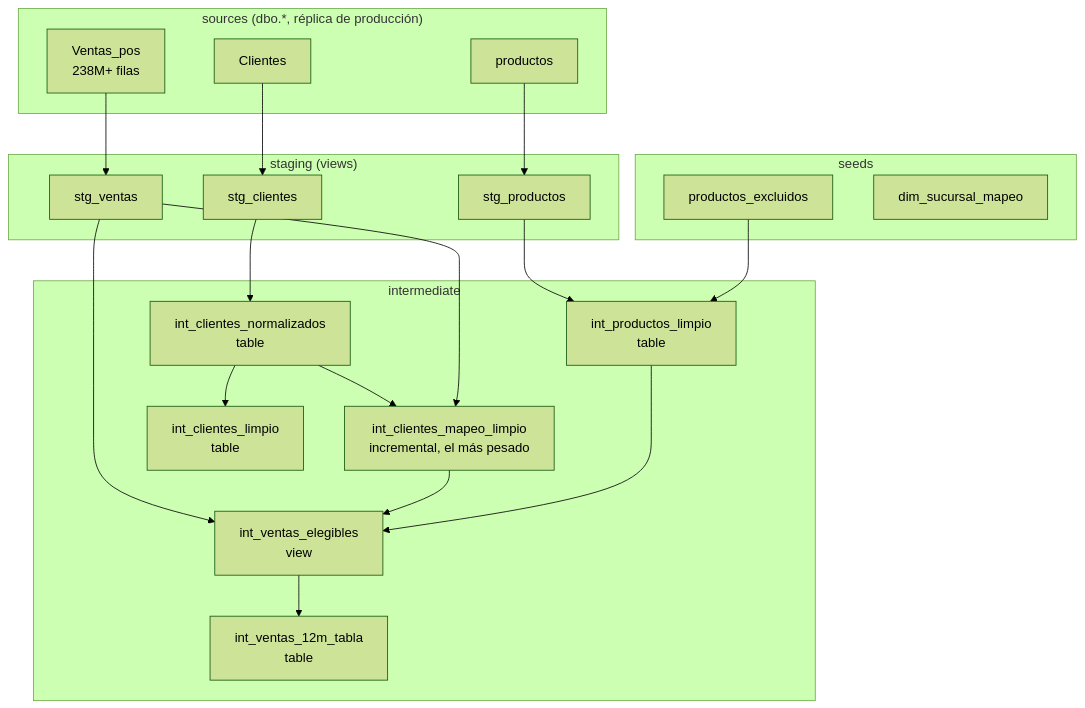
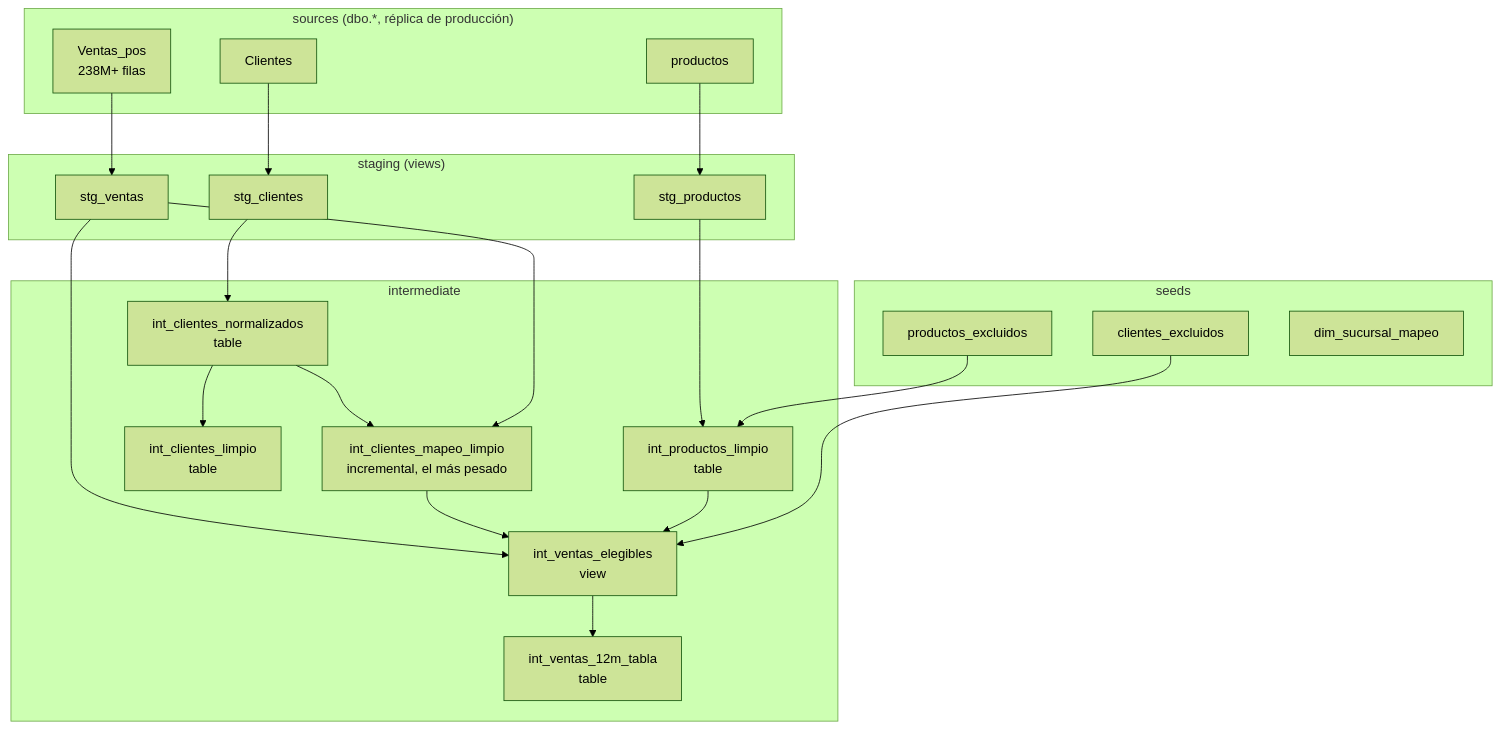
Before and after one commit to adrian-dato/dbt-ahorrazo: the first of 6 diagrams in ARQUITECTURA.md, drawn with Mermaid (forest theme). The commit also changed other lines of this file and 5 other files, not shown here.

Commit message:
Excluye de los análisis los clientes pedidos por los stakeholders mediante el seed clientes_excluidos

````diff
--- a/ARQUITECTURA.md
+++ b/ARQUITECTURA.md
@@ -100,46 +100,48 @@
 ```mermaid
 graph TD
     subgraph SRC["sources (dbo.*, réplica de producción)"]
         SRC_VENTAS[Ventas_pos<br/>238M+ filas]
         SRC_PROD[productos]
         SRC_CLI[Clientes]
     end
 
     subgraph SEEDS["seeds"]
         SEED_EXCL[productos_excluidos]
+        SEED_CLI_EXCL[clientes_excluidos]
         SEED_SUC[dim_sucursal_mapeo]
     end
 
     subgraph STG["staging (views)"]
         STG_VENTAS[stg_ventas]
         STG_PROD[stg_productos]
         STG_CLI[stg_clientes]
     end
 
     subgraph INT["intermediate"]
         INT_NORM[int_clientes_normalizados<br/>table]
         INT_MAPEO[int_clientes_mapeo_limpio<br/>incremental, el más pesado]
         INT_LIMPIO[int_clientes_limpio<br/>table]
         INT_PROD[int_productos_limpio<br/>table]
         INT_ELEG[int_ventas_elegibles<br/>view]
         INT_12M_T[int_ventas_12m_tabla<br/>table]
     end
 
     SRC_VENTAS --> STG_VENTAS
     SRC_PROD --> STG_PROD
     SRC_CLI --> STG_CLI
 
     STG_CLI --> INT_NORM
     INT_NORM --> INT_MAPEO
     STG_VENTAS --> INT_MAPEO
     INT_NORM --> INT_LIMPIO
 
     STG_PROD --> INT_PROD
     SEED_EXCL --> INT_PROD
 
     STG_VENTAS --> INT_ELEG
     INT_MAPEO --> INT_ELEG
     INT_PROD --> INT_ELEG
+    SEED_CLI_EXCL --> INT_ELEG
 
     INT_ELEG --> INT_12M_T
 ```
````
